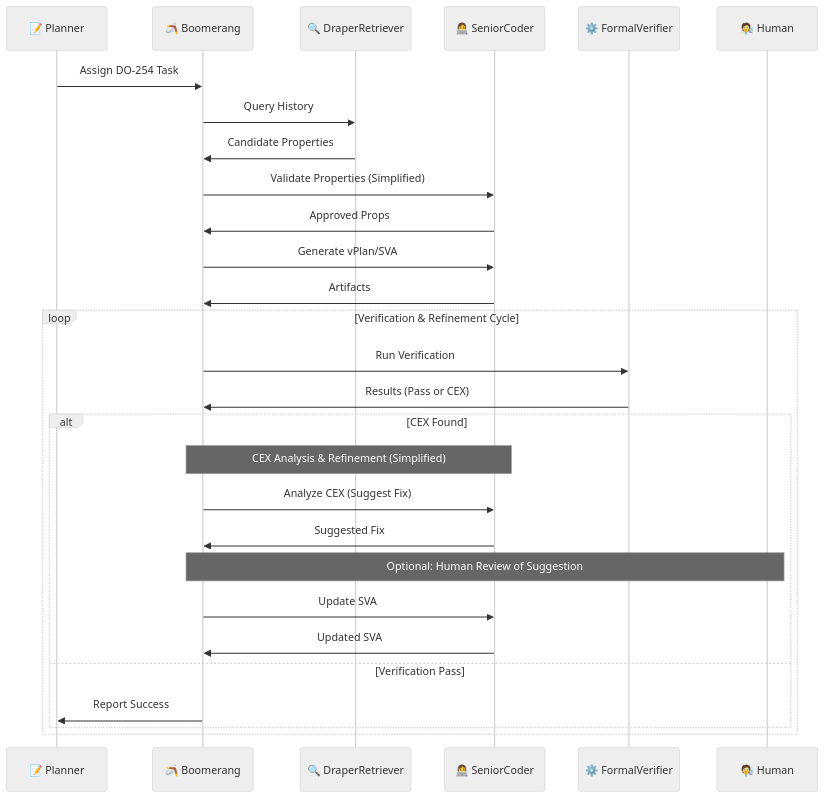
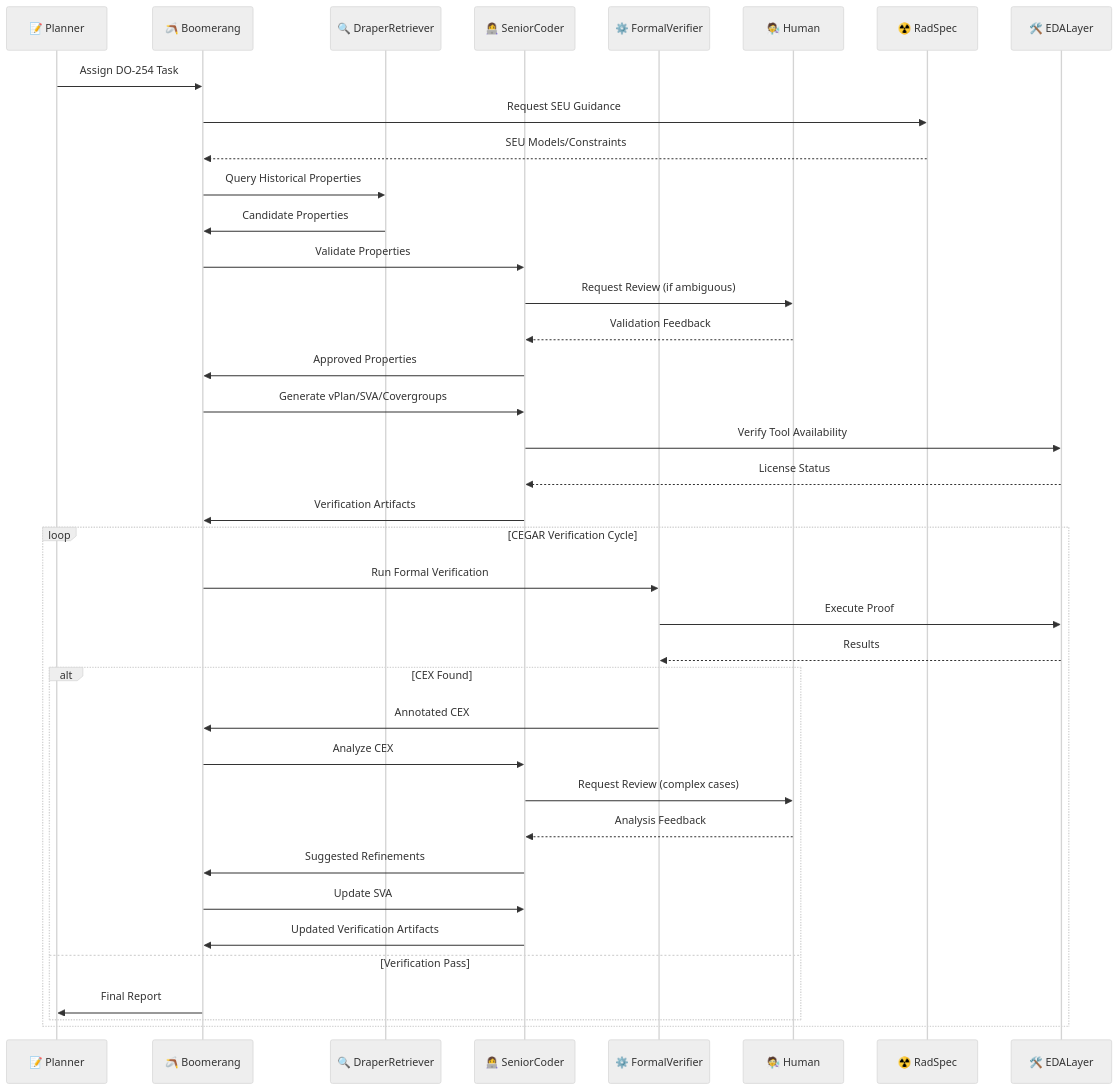
Before and after one commit to grahama1970/draper: the diagram in draper_formal_planner/README.md, drawn with Mermaid (neutral theme). The commit also changed other lines of this file and 1 other file, not shown here.

Commit message:
Complete Task 1.1: Initial documentation audit with multi-role review initiated and preliminary findings collected

````diff
--- a/draper_formal_planner/README.md
+++ b/draper_formal_planner/README.md
@@ -16,33 +53,43 @@
 ```mermaid
 sequenceDiagram
     participant Planner as 📝 Planner
     participant Boomerang as 🪃 Boomerang
     participant Retriever as 🔍 DraperRetriever
     participant Coder as 👩‍💻 SeniorCoder
     participant Verifier as ⚙️ FormalVerifier
     participant Human as 🧑‍🔬 Human
+    participant RadSpec as ☢️ RadSpec
+    participant EDALayer as 🛠️ EDALayer
 
     Planner->>Boomerang: Assign DO-254 Task
-    Boomerang->>Retriever: Query History
+    Boomerang->>RadSpec: Request SEU Guidance
+    RadSpec-->>Boomerang: SEU Models/Constraints
+    Boomerang->>Retriever: Query Historical Properties
     Retriever->>Boomerang: Candidate Properties
-    Boomerang->>Coder: Validate Properties (Simplified)
-    Coder->>Boomerang: Approved Props
-    Boomerang->>Coder: Generate vPlan/SVA
-    Coder->>Boomerang: Artifacts
-
-    loop Verification & Refinement Cycle
-        Boomerang->>Verifier: Run Verification
-        Verifier->>Boomerang: Results (Pass or CEX)
-
+    Boomerang->>Coder: Validate Properties
+    Coder->>Human: Request Review (if ambiguous)
+    Human-->>Coder: Validation Feedback
+    Coder->>Boomerang: Approved Properties
+    
+    Boomerang->>Coder: Generate vPlan/SVA/Covergroups
+    Coder->>EDALayer: Verify Tool Availability
+    EDALayer-->>Coder: License Status
+    Coder->>Boomerang: Verification Artifacts
+    
+    loop CEGAR Verification Cycle
+        Boomerang->>Verifier: Run Formal Verification
+        Verifier->>EDALayer: Execute Proof
+        EDALayer-->>Verifier: Results
         alt CEX Found
-            Note over Boomerang,Coder: CEX Analysis & Refinement (Simplified)
-            Boomerang->>Coder: Analyze CEX (Suggest Fix)
-            Coder->>Boomerang: Suggested Fix
-            Note over Boomerang,Human: Optional: Human Review of Suggestion
+            Verifier->>Boomerang: Annotated CEX
+            Boomerang->>Coder: Analyze CEX
+            Coder->>Human: Request Review (complex cases)
+            Human-->>Coder: Analysis Feedback
+            Coder->>Boomerang: Suggested Refinements
             Boomerang->>Coder: Update SVA
-            Coder->>Boomerang: Updated SVA
+            Coder->>Boomerang: Updated Verification Artifacts
         else Verification Pass
-             Boomerang->>Planner: Report Success
+            Boomerang->>Planner: Final Report
         end
     end
 ```
````
